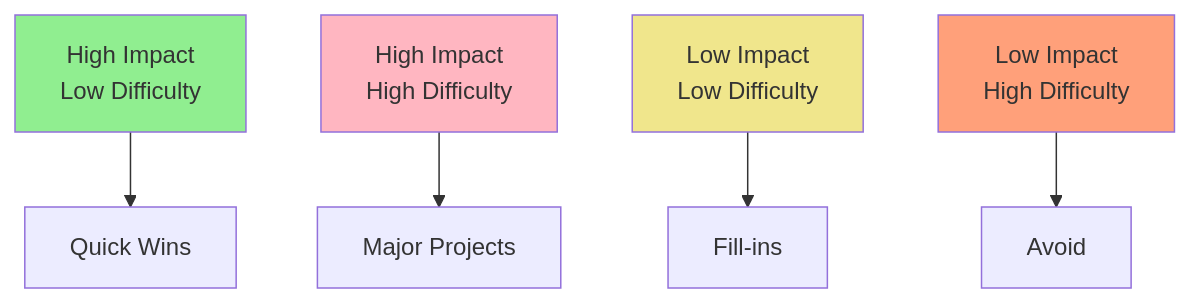
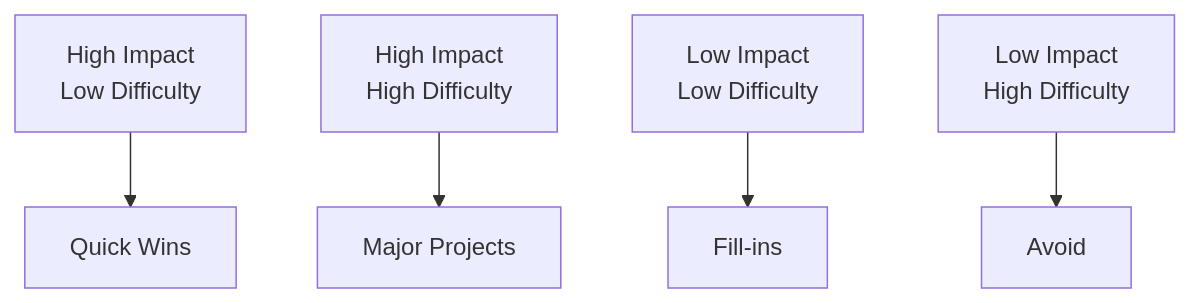
One commit to positivemultiplier/posmul changed the sixth of 8 diagrams in docs/user.md. Above: the diagram before and after it, drawn with Mermaid. The commit also changed 67 other files, not shown here.

````diff
--- a/docs/user.md
+++ b/docs/user.md
@@ -289,12 +289,9 @@
 ```mermaid
 graph TD
     A[High Impact<br/>Low Difficulty] --> B[Quick Wins]
     C[High Impact<br/>High Difficulty] --> D[Major Projects]
     E[Low Impact<br/>Low Difficulty] --> F[Fill-ins]
     G[Low Impact<br/>High Difficulty] --> H[Avoid]
 
-    style A fill:#90EE90
-    style C fill:#FFB6C1
-    style E fill:#F0E68C
-    style G fill:#FFA07A
+
 ```
````
